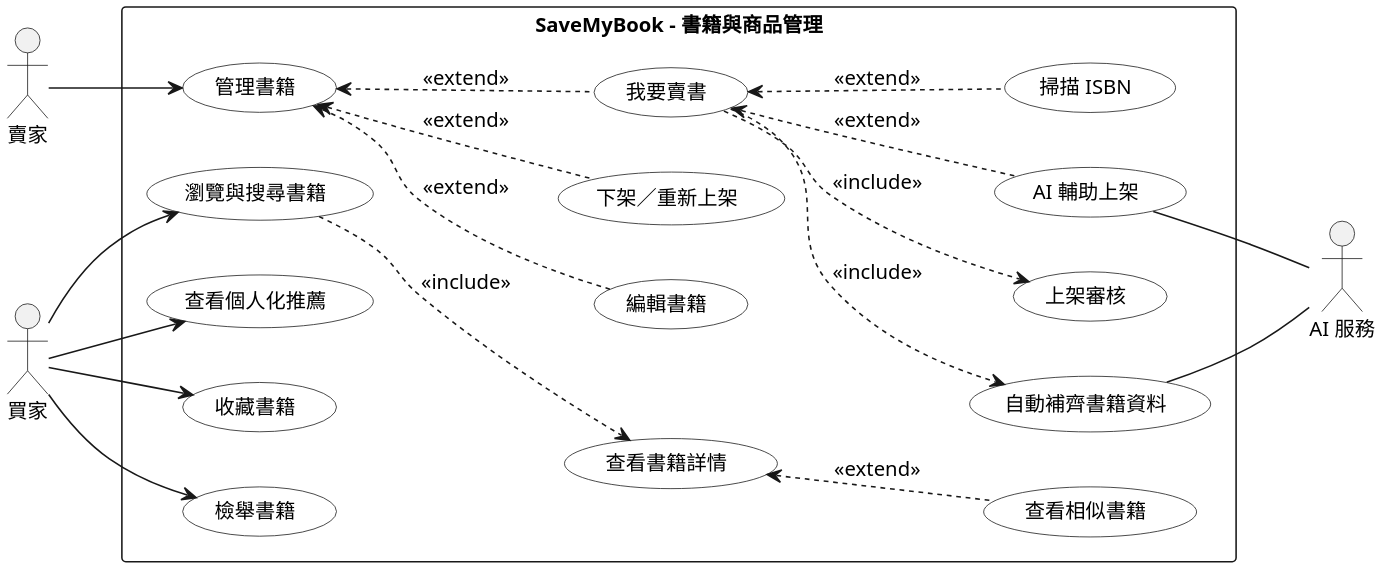
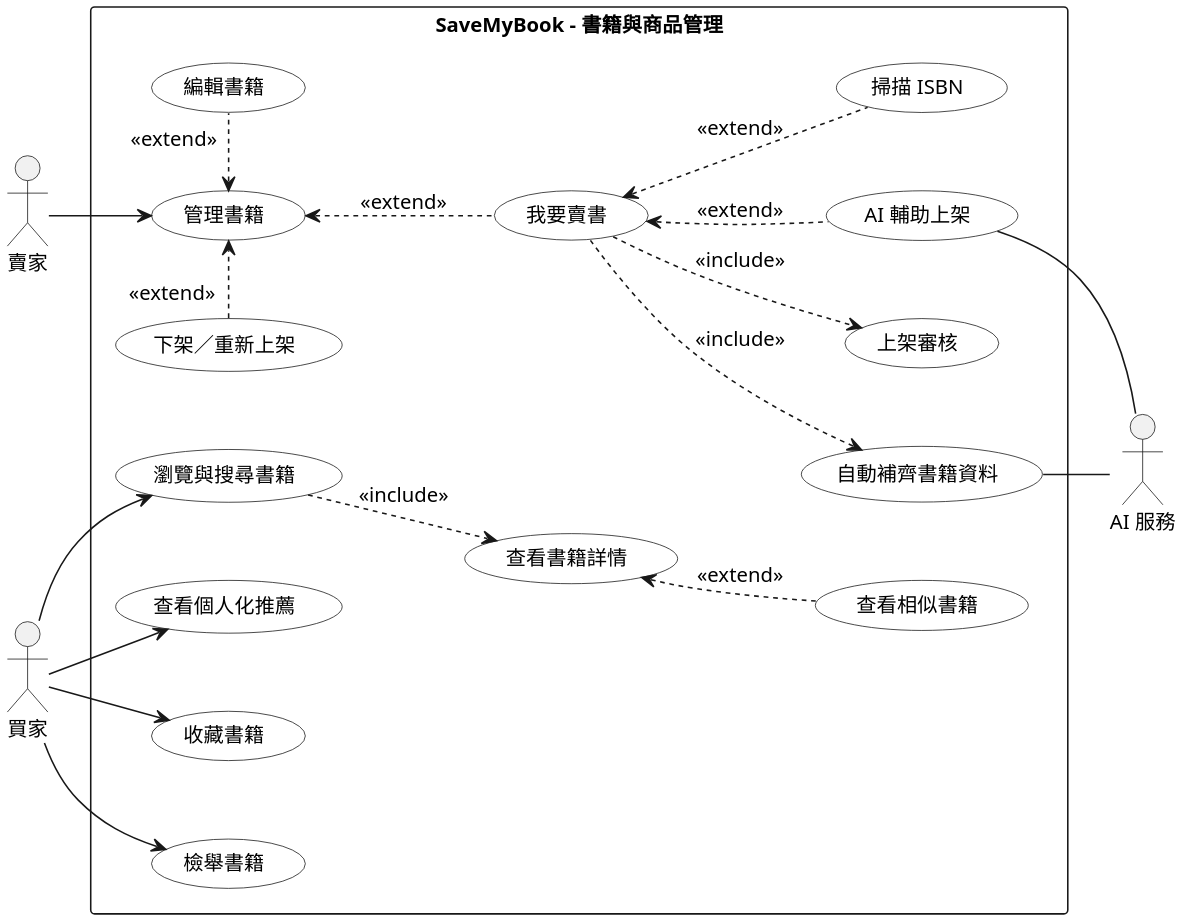
Before and after one commit to SaveMyBook/SaveMyBook: the diagram in Diagrams/Use Case/v3/uc_books.puml, drawn with PlantUML. The commit also changed 63 other files, not shown here.

```diff
--- a/Diagrams/Use Case/v3/uc_books.puml
+++ b/Diagrams/Use Case/v3/uc_books.puml
@@ -1,49 +1,52 @@
 @startuml
 skinparam monochrome true
 skinparam shadowing false
 skinparam dpi 220
 skinparam defaultFontName "PingFang TC"
 skinparam defaultFontSize 13
 skinparam usecase {
   BackgroundColor white
 }
+skinparam nodesep 50
+skinparam ranksep 20
 left to right direction
 
 actor 賣家
 actor 買家
 actor "AI 服務" as AI
 
 rectangle "SaveMyBook - 書籍與商品管理" {
   usecase "管理書籍" as manage
   usecase "我要賣書" as sell
   usecase "掃描 ISBN" as isbn
   usecase "AI 輔助上架" as assist
   usecase "上架審核" as review
   usecase "自動補齊書籍資料" as enrich
   usecase "編輯書籍" as edit
   usecase "下架／重新上架" as delist
   usecase "瀏覽與搜尋書籍" as browse
   usecase "查看書籍詳情" as detail
   usecase "查看相似書籍" as similar
   usecase "查看個人化推薦" as recommend
   usecase "收藏書籍" as fav
   usecase "檢舉書籍" as report
 }
 
 賣家 --> manage
 manage <.. sell : <<extend>>
-manage <.. edit : <<extend>>
-manage <.. delist : <<extend>>
+manage <. "«extend»" edit
+delist "«extend»" .> manage
 sell <.. isbn : <<extend>>
 sell <.. assist : <<extend>>
 sell ..> review : <<include>>
 sell ..> enrich : <<include>>
 買家 --> browse
 買家 --> recommend
 買家 --> fav
 買家 --> report
 browse ..> detail : <<include>>
 detail <.. similar : <<extend>>
 assist -- AI
 enrich -- AI
+similar -[hidden]- AI
 @enduml
```
